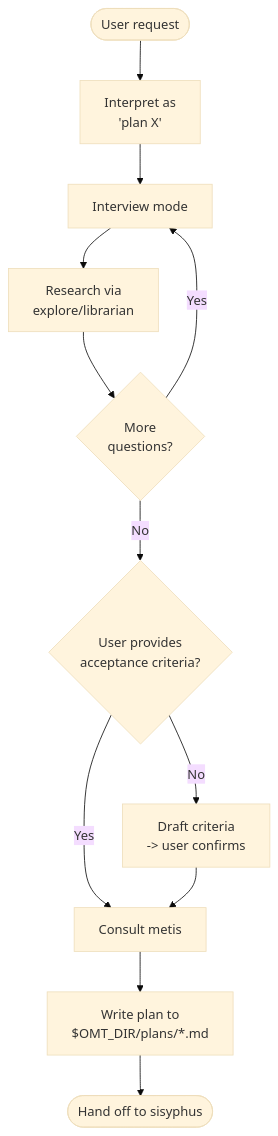
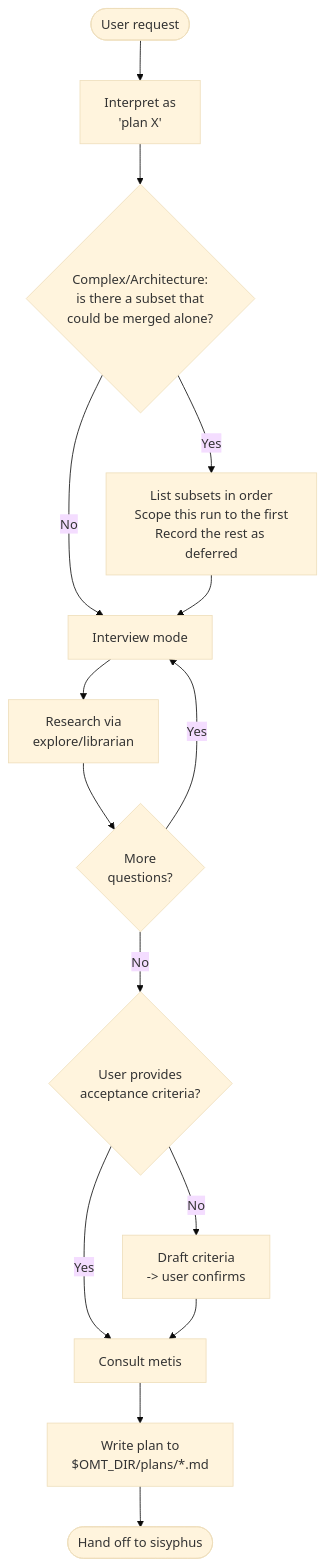
One commit to toongri/oh-my-toong-playground changed the third of 4 diagrams in docs/skills/core-pipeline.en.md. Above: the diagram before and after it, drawn with Mermaid (base theme). The commit also changed other lines of this file and 8 other files, not shown here.

First line of the commit message:
feat: prometheus Scope Split Gate 도입

````diff
--- a/docs/skills/core-pipeline.en.md
+++ b/docs/skills/core-pipeline.en.md
@@ -97,14 +97,17 @@
 ```mermaid
 flowchart TB
     Start([User request]) --> Interpret["Interpret as<br/>'plan X'"]
-    Interpret --> Interview[Interview mode]
+    Interpret --> Split{"Complex/Architecture:<br/>is there a subset that<br/>could be merged alone?"}
+    Split -->|No| Interview[Interview mode]
+    Split -->|Yes| Slice["List subsets in order<br/>Scope this run to the first<br/>Record the rest as deferred"]
+    Slice --> Interview
     Interview --> Research[Research via<br/>explore/librarian]
     Research --> More{More<br/>questions?}
     More -->|Yes| Interview
     More -->|No| Criteria{User provides<br/>acceptance criteria?}
     Criteria -->|Yes| Metis[Consult metis]
     Criteria -->|No| Draft[Draft criteria<br/>-> user confirms]
     Draft --> Metis
     Metis --> Write["Write plan to<br/>$OMT_DIR/plans/*.md"]
     Write --> Handoff([Hand off to sisyphus])
 ```
````
